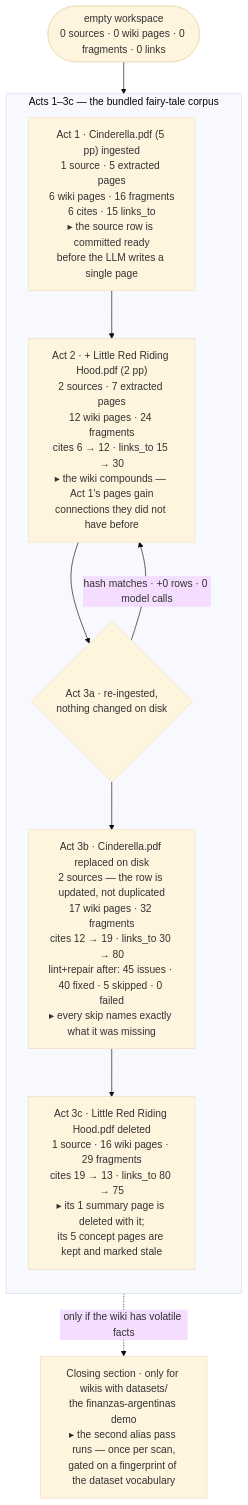
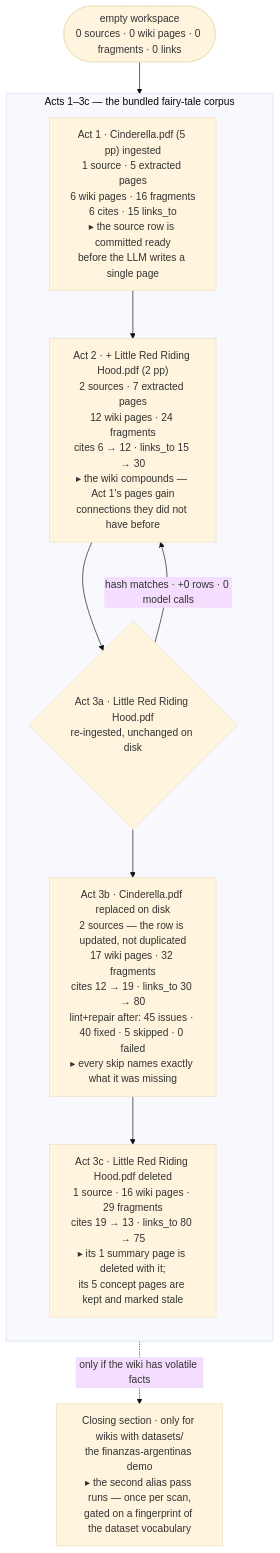
Before and after one commit to Clod/llmwiki-marimo: the third of 5 diagrams in docs/ingestion_walkthrough.md, drawn with Mermaid (base theme).

Commit message:
docs: clarify re-ingestion description for Act 3a in ingestion walkthrough

````diff
--- a/docs/ingestion_walkthrough.md
+++ b/docs/ingestion_walkthrough.md
@@ -992,19 +992,19 @@
 ```mermaid
 flowchart TD
     E(["empty workspace<br/>0 sources · 0 wiki pages · 0 fragments · 0 links"])
 
     subgraph FT ["Acts 1–3c — the bundled fairy-tale corpus"]
         direction TB
         A1["Act 1 · Cinderella.pdf (5 pp) ingested<br/>1 source · 5 extracted pages<br/>6 wiki pages · 16 fragments<br/>6 cites · 15 links_to<br/>▸ the source row is committed ready<br/>before the LLM writes a single page"]
         A2["Act 2 · + Little Red Riding Hood.pdf (2 pp)<br/>2 sources · 7 extracted pages<br/>12 wiki pages · 24 fragments<br/>cites 6 → 12 · links_to 15 → 30<br/>▸ the wiki compounds — Act 1's pages gain<br/>connections they did not have before"]
-        A3a{"Act 3a · re-ingested,<br/>nothing changed on disk"}
+        A3a{"Act 3a · Little Red Riding Hood.pdf<br/>re-ingested, unchanged on disk"}
         A3b["Act 3b · Cinderella.pdf replaced on disk<br/>2 sources — the row is updated, not duplicated<br/>17 wiki pages · 32 fragments<br/>cites 12 → 19 · links_to 30 → 80<br/>lint+repair after: 45 issues · 40 fixed · 5 skipped · 0 failed<br/>▸ every skip names exactly what it was missing"]
         A3c["Act 3c · Little Red Riding Hood.pdf deleted<br/>1 source · 16 wiki pages · 29 fragments<br/>cites 19 → 13 · links_to 80 → 75<br/>▸ its 1 summary page is deleted with it;<br/>its 5 concept pages are kept and marked stale"]
     end
 
     COD["Closing section · only for wikis with datasets/<br/>the finanzas-argentinas demo<br/>▸ the second alias pass runs — once per scan,<br/>gated on a fingerprint of the dataset vocabulary"]
 
     E --> A1 --> A2 --> A3a
     A3a -->|"hash matches · +0 rows · 0 model calls"| A2
     A3a --> A3b --> A3c -.->|"only if the wiki has volatile facts"| COD
 ```
````
